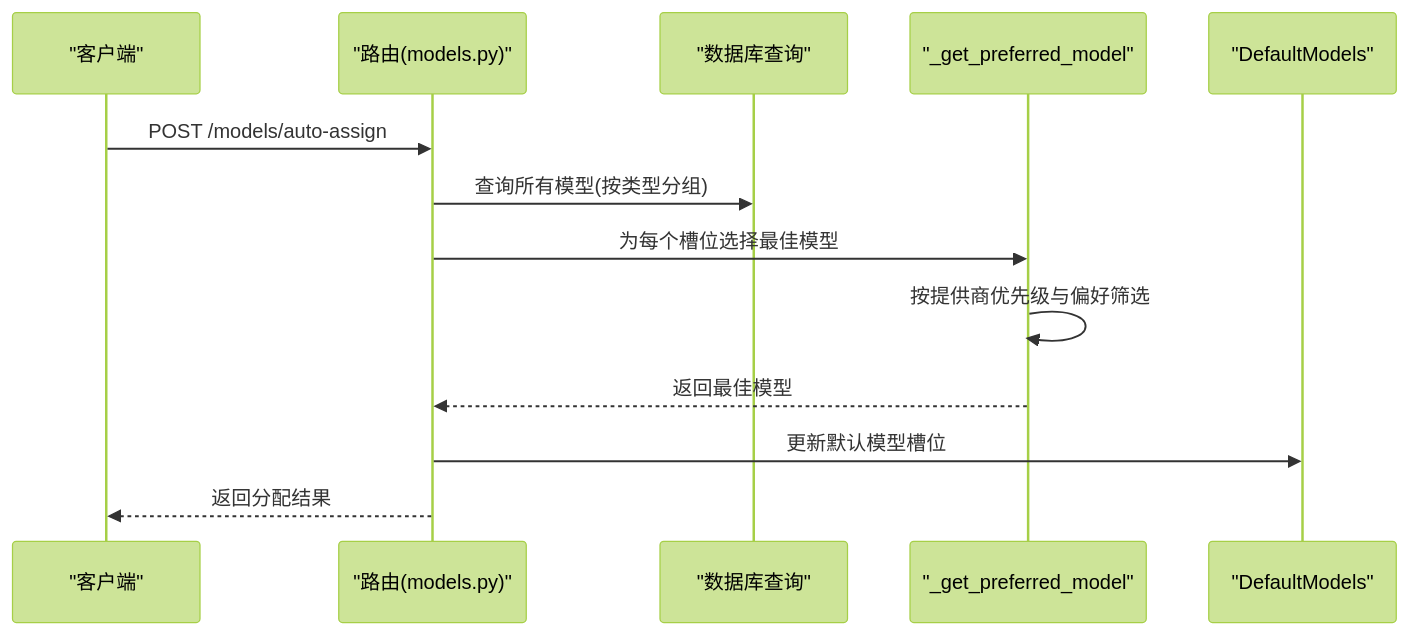
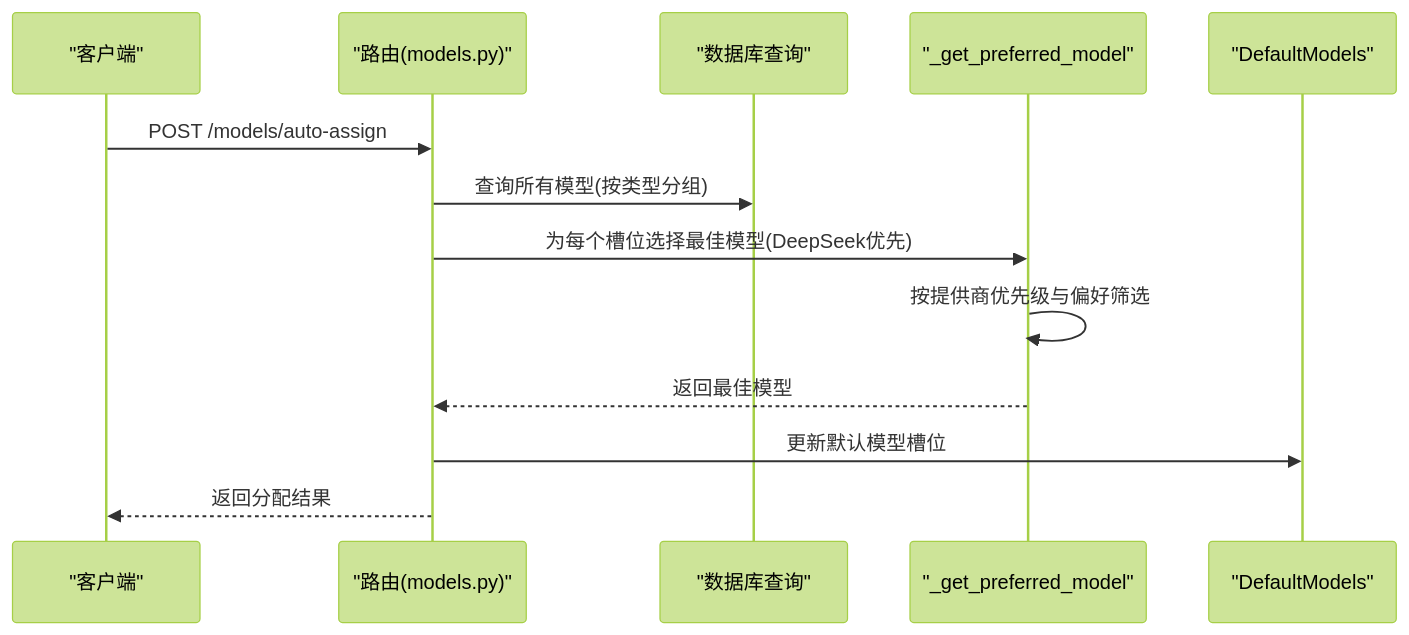
One commit to jackeyunjie/open-notebook changed the sixth of 7 diagrams in .qoder/repowiki/zh/content/后端架构/AI服务集成/模型发现与选择.md. Above: the diagram before and after it, drawn with Mermaid (forest theme). The commit also changed other lines of this file and 89 other files, not shown here.

````diff
--- a/.qoder/repowiki/zh/content/后端架构/AI服务集成/模型发现与选择.md
+++ b/.qoder/repowiki/zh/content/后端架构/AI服务集成/模型发现与选择.md
@@ -281,15 +304,15 @@
 ```mermaid
 sequenceDiagram
 participant C as "客户端"
 participant R as "路由(models.py)"
 participant Q as "数据库查询"
 participant SEL as "_get_preferred_model"
 participant D as "DefaultModels"
 C->>R : POST /models/auto-assign
 R->>Q : 查询所有模型(按类型分组)
-R->>SEL : 为每个槽位选择最佳模型
+R->>SEL : 为每个槽位选择最佳模型(DeepSeek优先)
 SEL->>SEL : 按提供商优先级与偏好筛选
 SEL-->>R : 返回最佳模型
 R->>D : 更新默认模型槽位
 R-->>C : 返回分配结果
 ```
````
